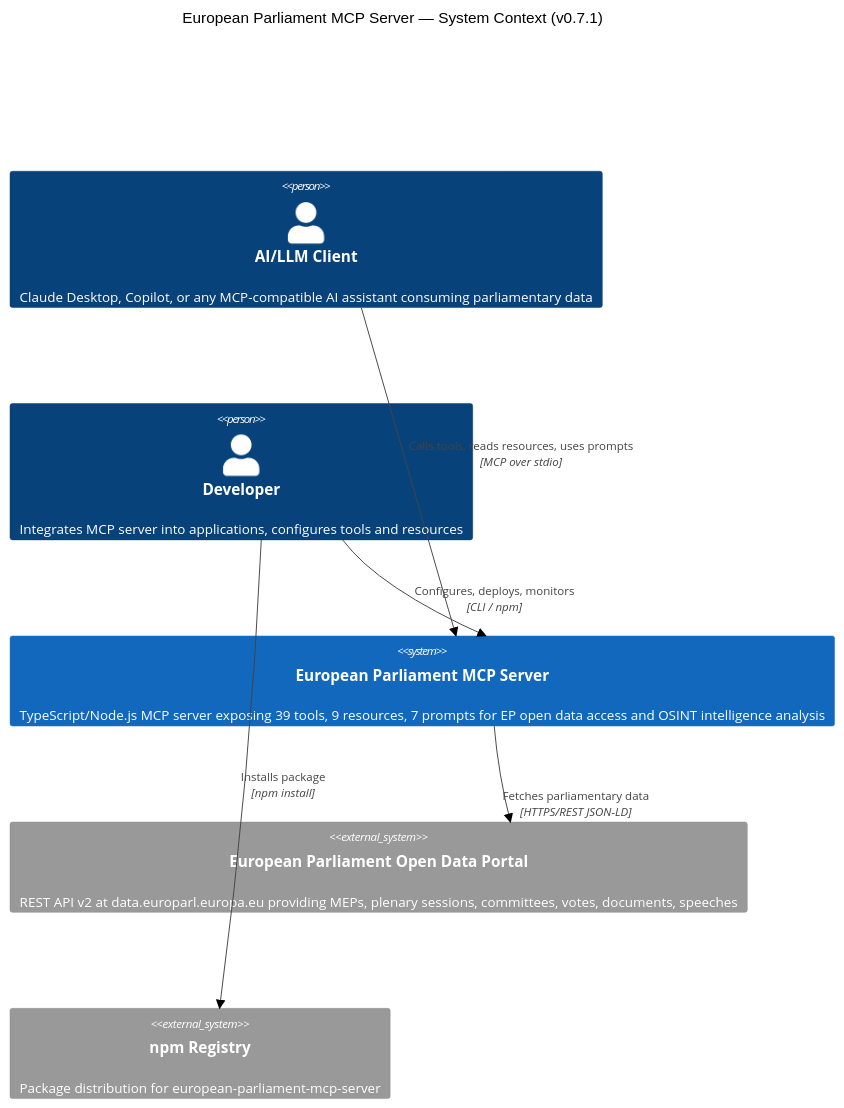
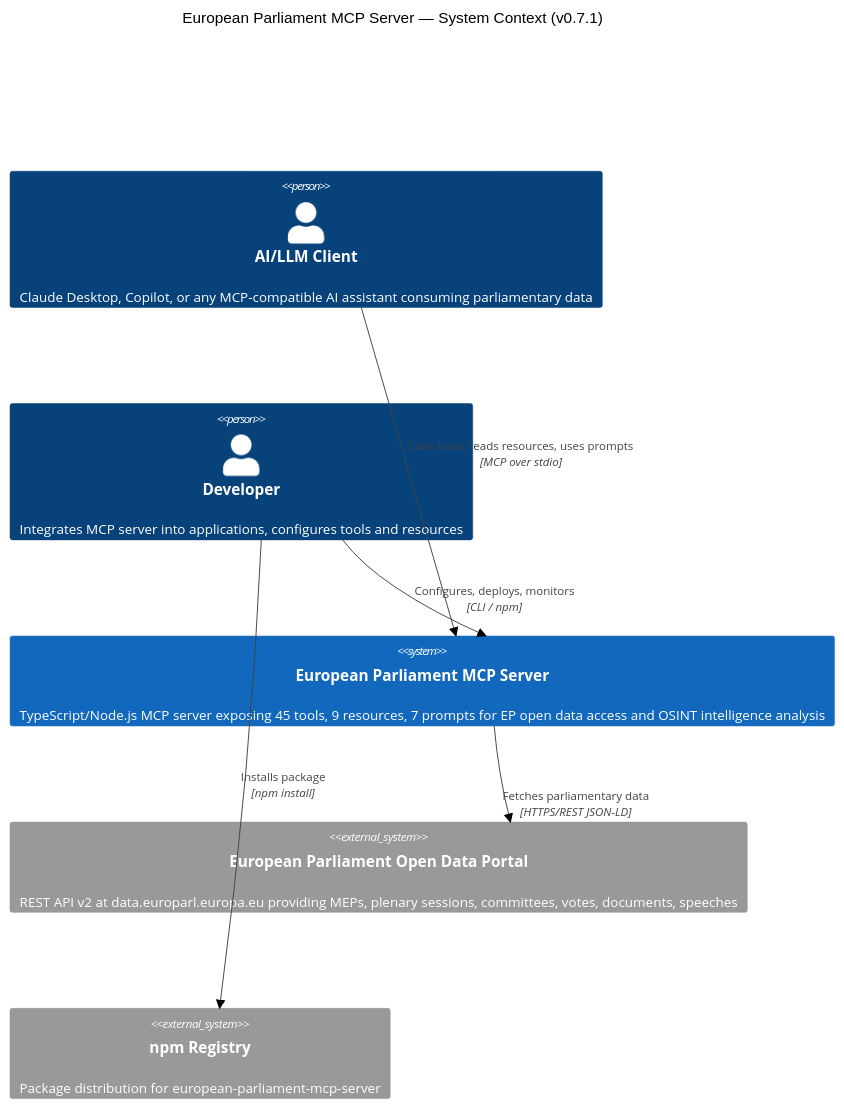
Before and after one commit to Hack23/European-Parliament-MCP-Server: the first of 5 diagrams in docs/api-markdown/_media/ARCHITECTURE.md, drawn with Mermaid (neutral theme). The commit also changed other lines of this file and 35 other files, not shown here.

````diff
--- a/docs/api-markdown/_media/ARCHITECTURE.md
+++ b/docs/api-markdown/_media/ARCHITECTURE.md
@@ -81,20 +81,20 @@
 ```mermaid
 C4Context
     title European Parliament MCP Server — System Context (v0.7.1)
 
     Person(aiClient, "AI/LLM Client", "Claude Desktop, Copilot, or any MCP-compatible AI assistant consuming parliamentary data")
     Person(developer, "Developer", "Integrates MCP server into applications, configures tools and resources")
 
-    System(mcpServer, "European Parliament MCP Server", "TypeScript/Node.js MCP server exposing 39 tools, 9 resources, 7 prompts for EP open data access and OSINT intelligence analysis")
+    System(mcpServer, "European Parliament MCP Server", "TypeScript/Node.js MCP server exposing 45 tools, 9 resources, 7 prompts for EP open data access and OSINT intelligence analysis")
 
     System_Ext(epApi, "European Parliament Open Data Portal", "REST API v2 at data.europarl.europa.eu providing MEPs, plenary sessions, committees, votes, documents, speeches")
     System_Ext(npmRegistry, "npm Registry", "Package distribution for european-parliament-mcp-server")
 
     Rel(aiClient, mcpServer, "Calls tools, reads resources, uses prompts", "MCP over stdio")
     Rel(developer, mcpServer, "Configures, deploys, monitors", "CLI / npm")
     Rel(mcpServer, epApi, "Fetches parliamentary data", "HTTPS/REST JSON-LD")
     Rel(developer, npmRegistry, "Installs package", "npm install")
 
     UpdateRelStyle(aiClient, mcpServer, $offsetY="-30")
     UpdateRelStyle(mcpServer, epApi, $offsetY="20")
 ```
````
